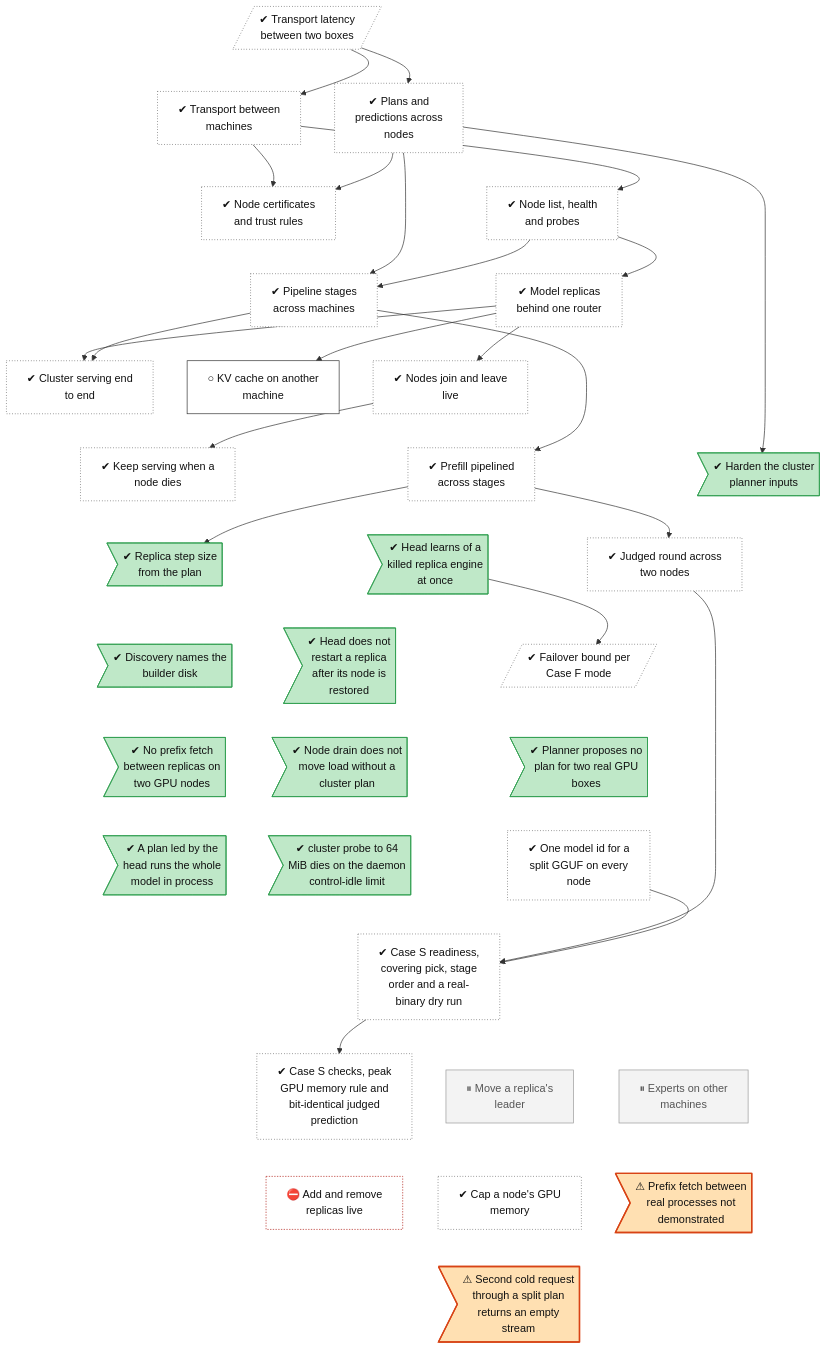
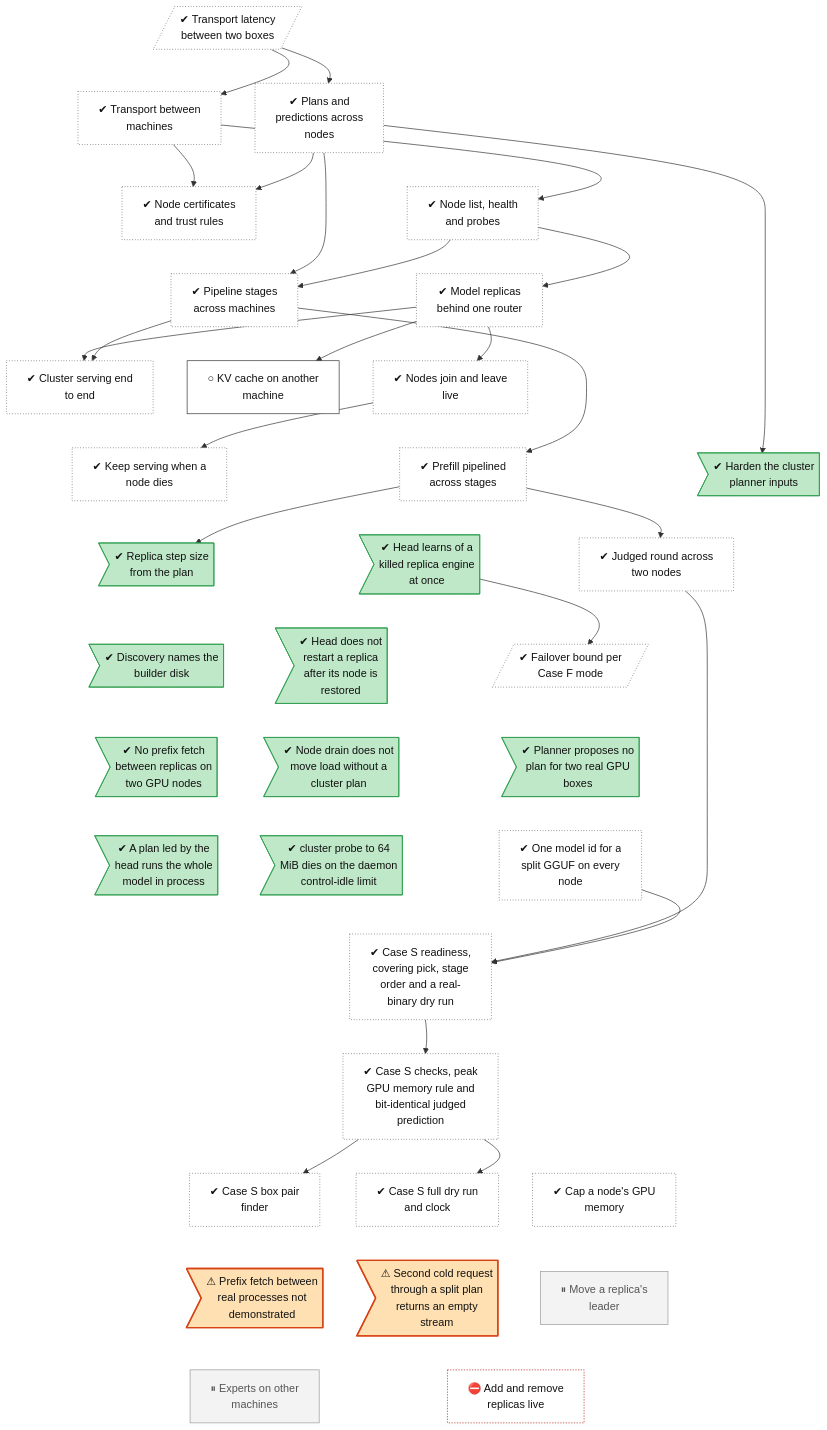
Before and after one commit to lhns/tetraeder: the diagram in docs/roadmap/tracks/cluster.md, drawn with Mermaid. The commit also changed other lines of this file and 6 other files, not shown here.

Commit message:
Tree: Case S pair finder and full dry run done, judged Case S rerun next, Phase 6 exit depends on it (not measured)

````diff
--- a/docs/roadmap/tracks/cluster.md
+++ b/docs/roadmap/tracks/cluster.md
@@ -36,12 +36,14 @@
     cluster_probe_control_idle>"✔ cluster probe to 64<br/>MiB dies on the daemon<br/>control-idle limit"]
     cluster_case_s_ready["✔ Case S readiness,<br/>covering pick, stage<br/>order and a real-<br/>binary dry run"]
     cluster_case_s_checks["✔ Case S checks, peak<br/>GPU memory rule and<br/>bit-identical judged<br/>prediction"]
+    cluster_case_s_pair_finder["✔ Case S box pair<br/>finder"]
+    cluster_case_s_flow["✔ Case S full dry run<br/>and clock"]
+    cluster_profile_gpu_cap["✔ Cap a node's GPU<br/>memory"]
+    cluster_prefix_fetch_not_observed>"⚠ Prefix fetch between<br/>real processes not<br/>demonstrated"]
+    cluster_second_cold_request_empty>"⚠ Second cold request<br/>through a split plan<br/>returns an empty<br/>stream"]
     cluster_leader_move["⏸ Move a replica's<br/>leader"]
     cluster_experts_nodes["⏸ Experts on other<br/>machines"]
     cluster_replica_scaling["⛔ Add and remove<br/>replicas live"]
-    cluster_profile_gpu_cap["✔ Cap a node's GPU<br/>memory"]
-    cluster_prefix_fetch_not_observed>"⚠ Prefix fetch between<br/>real processes not<br/>demonstrated"]
-    cluster_second_cold_request_empty>"⚠ Second cold request<br/>through a split plan<br/>returns an empty<br/>stream"]
     cluster_transport_wan ~~~ cluster_transport
     cluster_transport_wan ~~~ cluster_planner
     cluster_transport ~~~ cluster_mtls
@@ -70,14 +72,15 @@
     cluster_sharded_model_id ~~~ cluster_case_s_ready
     cluster_probe_control_idle ~~~ cluster_case_s_ready
     cluster_case_s_ready ~~~ cluster_case_s_checks
-    cluster_case_s_ready ~~~ cluster_leader_move
-    cluster_case_s_ready ~~~ cluster_experts_nodes
-    cluster_case_s_checks ~~~ cluster_replica_scaling
-    cluster_leader_move ~~~ cluster_profile_gpu_cap
-    cluster_experts_nodes ~~~ cluster_prefix_fetch_not_observed
-    cluster_replica_scaling ~~~ cluster_second_cold_request_empty
-    cluster_profile_gpu_cap ~~~ cluster_second_cold_request_empty
-    cluster_prefix_fetch_not_observed ~~~ cluster_second_cold_request_empty
+    cluster_case_s_checks ~~~ cluster_case_s_pair_finder
+    cluster_case_s_checks ~~~ cluster_case_s_flow
+    cluster_case_s_checks ~~~ cluster_profile_gpu_cap
+    cluster_case_s_pair_finder ~~~ cluster_prefix_fetch_not_observed
+    cluster_case_s_flow ~~~ cluster_second_cold_request_empty
+    cluster_profile_gpu_cap ~~~ cluster_leader_move
+    cluster_prefix_fetch_not_observed ~~~ cluster_experts_nodes
+    cluster_second_cold_request_empty ~~~ cluster_replica_scaling
+    cluster_leader_move ~~~ cluster_replica_scaling
     cluster_transport_wan --> cluster_transport
     cluster_transport_wan --> cluster_planner
     cluster_transport --> cluster_mtls
@@ -99,6 +102,8 @@
     cluster_judged_round_cmd --> cluster_case_s_ready
     cluster_sharded_model_id --> cluster_case_s_ready
     cluster_case_s_ready --> cluster_case_s_checks
+    cluster_case_s_checks --> cluster_case_s_pair_finder
+    cluster_case_s_checks --> cluster_case_s_flow
     classDef vsucc fill:#2e9e4f,stroke:#1b6b34,color:#fff
     classDef succ fill:#bfe8c8,stroke:#2e9e4f,color:#111
     classDef mixed fill:#ffd37a,stroke:#c98a00,color:#111
@@ -113,10 +118,10 @@
     classDef decided fill:#ece0f7,stroke:#7b3fb5,stroke-dasharray:2 2,color:#111
     classDef finding fill:#ffe0b2,stroke:#d84315,stroke-width:2px,color:#111
     classDef waiting fill:#e3f2fd,stroke:#1f6fc5,stroke-dasharray:5 5,color:#111
-    class cluster_transport_wan,cluster_transport,cluster_planner,cluster_mtls,cluster_discovery,cluster_pipeline_nodes,cluster_replicas,cluster_integration,cluster_join_leave,cluster_failover,cluster_pipeline_prefill,cluster_judged_round_cmd,cluster_failover_bound,cluster_sharded_model_id,cluster_case_s_ready,cluster_case_s_checks,cluster_profile_gpu_cap unrated
+    class cluster_transport_wan,cluster_transport,cluster_planner,cluster_mtls,cluster_discovery,cluster_pipeline_nodes,cluster_replicas,cluster_integration,cluster_join_leave,cluster_failover,cluster_pipeline_prefill,cluster_judged_round_cmd,cluster_failover_bound,cluster_sharded_model_id,cluster_case_s_ready,cluster_case_s_checks,cluster_case_s_pair_finder,cluster_case_s_flow,cluster_profile_gpu_cap unrated
     class cluster_remote_kv next
     class cluster_planner_hardening,cluster_step_tokens_from_plan,cluster_mode1_detection,cluster_discovery_disk_names,cluster_rejoin_after_restore,cluster_prefix_fetch_not_triggered,cluster_plan_source_gpu_segments,cluster_drain_without_plan,cluster_head_led_plan_ignores_segments,cluster_probe_control_idle succ
+    class cluster_prefix_fetch_not_observed,cluster_second_cold_request_empty finding
     class cluster_leader_move,cluster_experts_nodes parked
     class cluster_replica_scaling blocked
-    class cluster_prefix_fetch_not_observed,cluster_second_cold_request_empty finding
 ```
````
